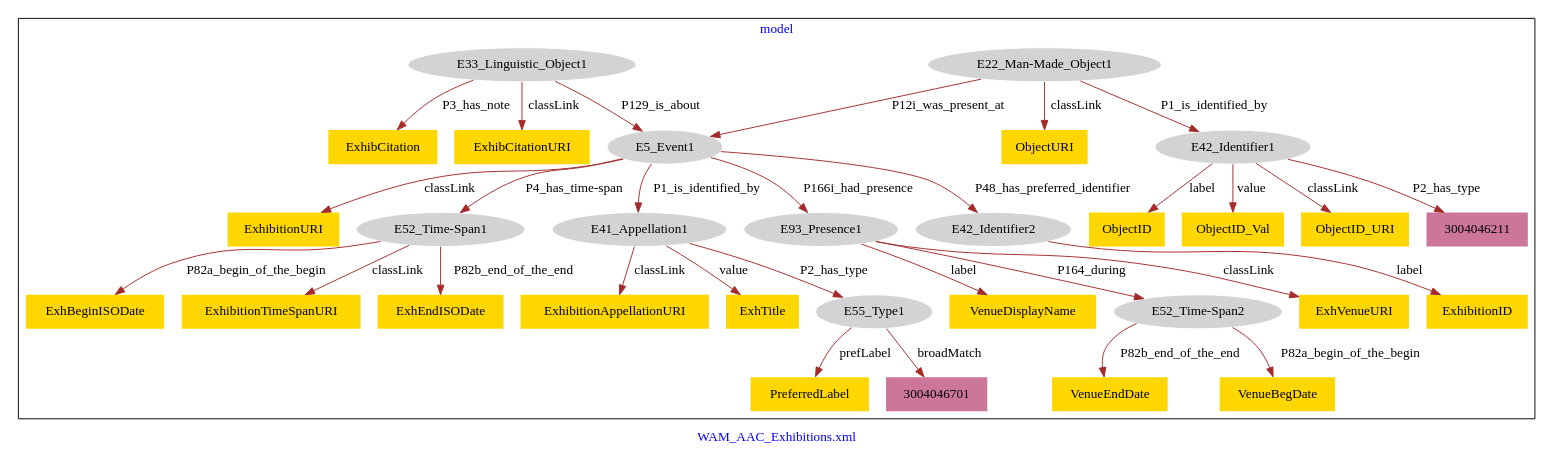
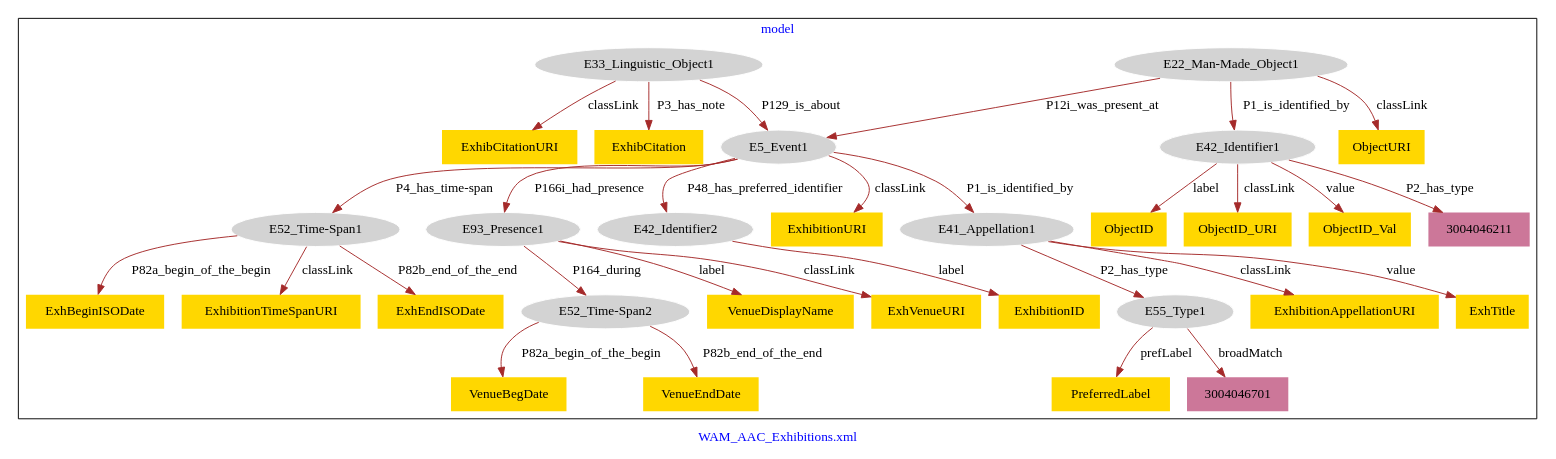
Before and after one commit to american-art/wam: the diagram in WAM_AAC_Exhibitions/WAM_AAC_Exhibitions-model.dot, drawn with Graphviz. The commit also changed 25 other files, not shown here.

```diff
--- a/WAM_AAC_Exhibitions/WAM_AAC_Exhibitions-model.dot
+++ b/WAM_AAC_Exhibitions/WAM_AAC_Exhibitions-model.dot
@@ -1,67 +1,67 @@
 digraph n0 {
 fontcolor="blue"
 remincross="true"
 label="WAM_AAC_Exhibitions.xml"
 subgraph cluster {
 label="model"
 n2[style="filled",color="white",fillcolor="lightgray",label="E22_Man-Made_Object1"];
-n3[shape="plaintext",style="filled",fillcolor="gold",label="ObjectURI"];
-n4[style="filled",color="white",fillcolor="lightgray",label="E42_Identifier1"];
-n5[style="filled",color="white",fillcolor="lightgray",label="E5_Event1"];
-n6[style="filled",color="white",fillcolor="lightgray",label="E52_Time-Span1"];
-n7[shape="plaintext",style="filled",fillcolor="#CC7799",label="3004046211"];
-n8[style="filled",color="white",fillcolor="lightgray",label="E41_Appellation1"];
-n9[shape="plaintext",style="filled",fillcolor="gold",label="ExhEndISODate"];
-n10[style="filled",color="white",fillcolor="lightgray",label="E33_Linguistic_Object1"];
-n11[style="filled",color="white",fillcolor="lightgray",label="E93_Presence1"];
-n12[style="filled",color="white",fillcolor="lightgray",label="E42_Identifier2"];
-n13[shape="plaintext",style="filled",fillcolor="gold",label="ExhibitionID"];
-n14[shape="plaintext",style="filled",fillcolor="gold",label="ExhibCitation"];
-n15[shape="plaintext",style="filled",fillcolor="gold",label="ExhVenueURI"];
-n16[shape="plaintext",style="filled",fillcolor="gold",label="ObjectID"];
-n17[shape="plaintext",style="filled",fillcolor="gold",label="ExhBeginISODate"];
+n3[style="filled",color="white",fillcolor="lightgray",label="E5_Event1"];
+n4[style="filled",color="white",fillcolor="lightgray",label="E41_Appellation1"];
+n5[style="filled",color="white",fillcolor="lightgray",label="E52_Time-Span1"];
+n6[style="filled",color="white",fillcolor="lightgray",label="E93_Presence1"];
+n7[style="filled",color="white",fillcolor="lightgray",label="E52_Time-Span2"];
+n8[shape="plaintext",style="filled",fillcolor="gold",label="ExhTitle"];
+n9[style="filled",color="white",fillcolor="lightgray",label="E42_Identifier1"];
+n10[shape="plaintext",style="filled",fillcolor="gold",label="ObjectID"];
+n11[style="filled",color="white",fillcolor="lightgray",label="E33_Linguistic_Object1"];
+n12[shape="plaintext",style="filled",fillcolor="gold",label="ExhibCitationURI"];
+n13[style="filled",color="white",fillcolor="lightgray",label="E55_Type1"];
+n14[shape="plaintext",style="filled",fillcolor="gold",label="PreferredLabel"];
+n15[shape="plaintext",style="filled",fillcolor="gold",label="ExhibitionAppellationURI"];
+n16[shape="plaintext",style="filled",fillcolor="gold",label="ExhBeginISODate"];
+n17[shape="plaintext",style="filled",fillcolor="gold",label="VenueBegDate"];
 n18[shape="plaintext",style="filled",fillcolor="gold",label="VenueDisplayName"];
-n19[style="filled",color="white",fillcolor="lightgray",label="E55_Type1"];
-n20[shape="plaintext",style="filled",fillcolor="gold",label="PreferredLabel"];
-n21[shape="plaintext",style="filled",fillcolor="gold",label="ExhibitionURI"];
-n22[shape="plaintext",style="filled",fillcolor="gold",label="ExhibitionAppellationURI"];
-n23[shape="plaintext",style="filled",fillcolor="gold",label="ExhibCitationURI"];
-n24[shape="plaintext",style="filled",fillcolor="gold",label="ExhTitle"];
-n25[shape="plaintext",style="filled",fillcolor="gold",label="ExhibitionTimeSpanURI"];
-n26[style="filled",color="white",fillcolor="lightgray",label="E52_Time-Span2"];
-n27[shape="plaintext",style="filled",fillcolor="gold",label="ObjectID_Val"];
-n28[shape="plaintext",style="filled",fillcolor="#CC7799",label="3004046701"];
-n29[shape="plaintext",style="filled",fillcolor="gold",label="VenueEndDate"];
-n30[shape="plaintext",style="filled",fillcolor="gold",label="VenueBegDate"];
-n31[shape="plaintext",style="filled",fillcolor="gold",label="ObjectID_URI"];
+n19[shape="plaintext",style="filled",fillcolor="gold",label="VenueEndDate"];
+n20[style="filled",color="white",fillcolor="lightgray",label="E42_Identifier2"];
+n21[shape="plaintext",style="filled",fillcolor="gold",label="ExhibitionID"];
+n22[shape="plaintext",style="filled",fillcolor="gold",label="ExhibitionTimeSpanURI"];
+n23[shape="plaintext",style="filled",fillcolor="gold",label="ObjectURI"];
+n24[shape="plaintext",style="filled",fillcolor="gold",label="ExhibCitation"];
+n25[shape="plaintext",style="filled",fillcolor="gold",label="ExhibitionURI"];
+n26[shape="plaintext",style="filled",fillcolor="gold",label="ObjectID_URI"];
+n27[shape="plaintext",style="filled",fillcolor="gold",label="ExhEndISODate"];
+n28[shape="plaintext",style="filled",fillcolor="gold",label="ObjectID_Val"];
+n29[shape="plaintext",style="filled",fillcolor="gold",label="ExhVenueURI"];
+n30[shape="plaintext",style="filled",fillcolor="#CC7799",label="3004046211"];
+n31[shape="plaintext",style="filled",fillcolor="#CC7799",label="3004046701"];
 }
-n2 -> n3[color="brown",fontcolor="black",label="classLink"]
-n2 -> n4[color="brown",fontcolor="black",label="P1_is_identified_by"]
-n5 -> n6[color="brown",fontcolor="black",label="P4_has_time-span"]
-n4 -> n7[color="brown",fontcolor="black",label="P2_has_type"]
-n5 -> n8[color="brown",fontcolor="black",label="P1_is_identified_by"]
-n6 -> n9[color="brown",fontcolor="black",label="P82b_end_of_the_end"]
-n10 -> n5[color="brown",fontcolor="black",label="P129_is_about"]
-n5 -> n11[color="brown",fontcolor="black",label="P166i_had_presence"]
-n12 -> n13[color="brown",fontcolor="black",label="label"]
-n10 -> n14[color="brown",fontcolor="black",label="P3_has_note"]
-n11 -> n15[color="brown",fontcolor="black",label="classLink"]
-n4 -> n16[color="brown",fontcolor="black",label="label"]
-n5 -> n12[color="brown",fontcolor="black",label="P48_has_preferred_identifier"]
-n2 -> n5[color="brown",fontcolor="black",label="P12i_was_present_at"]
-n6 -> n17[color="brown",fontcolor="black",label="P82a_begin_of_the_begin"]
-n11 -> n18[color="brown",fontcolor="black",label="label"]
-n19 -> n20[color="brown",fontcolor="black",label="prefLabel"]
-n5 -> n21[color="brown",fontcolor="black",label="classLink"]
-n8 -> n22[color="brown",fontcolor="black",label="classLink"]
-n10 -> n23[color="brown",fontcolor="black",label="classLink"]
-n8 -> n24[color="brown",fontcolor="black",label="value"]
-n6 -> n25[color="brown",fontcolor="black",label="classLink"]
-n8 -> n19[color="brown",fontcolor="black",label="P2_has_type"]
-n11 -> n26[color="brown",fontcolor="black",label="P164_during"]
-n4 -> n27[color="brown",fontcolor="black",label="value"]
-n19 -> n28[color="brown",fontcolor="black",label="broadMatch"]
-n26 -> n29[color="brown",fontcolor="black",label="P82b_end_of_the_end"]
-n26 -> n30[color="brown",fontcolor="black",label="P82a_begin_of_the_begin"]
-n4 -> n31[color="brown",fontcolor="black",label="classLink"]
+n2 -> n3[color="brown",fontcolor="black",label="P12i_was_present_at"]
+n3 -> n4[color="brown",fontcolor="black",label="P1_is_identified_by"]
+n3 -> n5[color="brown",fontcolor="black",label="P4_has_time-span"]
+n3 -> n6[color="brown",fontcolor="black",label="P166i_had_presence"]
+n6 -> n7[color="brown",fontcolor="black",label="P164_during"]
+n4 -> n8[color="brown",fontcolor="black",label="value"]
+n9 -> n10[color="brown",fontcolor="black",label="label"]
+n11 -> n12[color="brown",fontcolor="black",label="classLink"]
+n13 -> n14[color="brown",fontcolor="black",label="prefLabel"]
+n4 -> n15[color="brown",fontcolor="black",label="classLink"]
+n5 -> n16[color="brown",fontcolor="black",label="P82a_begin_of_the_begin"]
+n7 -> n17[color="brown",fontcolor="black",label="P82a_begin_of_the_begin"]
+n6 -> n18[color="brown",fontcolor="black",label="label"]
+n7 -> n19[color="brown",fontcolor="black",label="P82b_end_of_the_end"]
+n20 -> n21[color="brown",fontcolor="black",label="label"]
+n5 -> n22[color="brown",fontcolor="black",label="classLink"]
+n2 -> n23[color="brown",fontcolor="black",label="classLink"]
+n11 -> n24[color="brown",fontcolor="black",label="P3_has_note"]
+n3 -> n25[color="brown",fontcolor="black",label="classLink"]
+n9 -> n26[color="brown",fontcolor="black",label="classLink"]
+n5 -> n27[color="brown",fontcolor="black",label="P82b_end_of_the_end"]
+n9 -> n28[color="brown",fontcolor="black",label="value"]
+n6 -> n29[color="brown",fontcolor="black",label="classLink"]
+n2 -> n9[color="brown",fontcolor="black",label="P1_is_identified_by"]
+n9 -> n30[color="brown",fontcolor="black",label="P2_has_type"]
+n11 -> n3[color="brown",fontcolor="black",label="P129_is_about"]
+n3 -> n20[color="brown",fontcolor="black",label="P48_has_preferred_identifier"]
+n4 -> n13[color="brown",fontcolor="black",label="P2_has_type"]
+n13 -> n31[color="brown",fontcolor="black",label="broadMatch"]
 }
```
